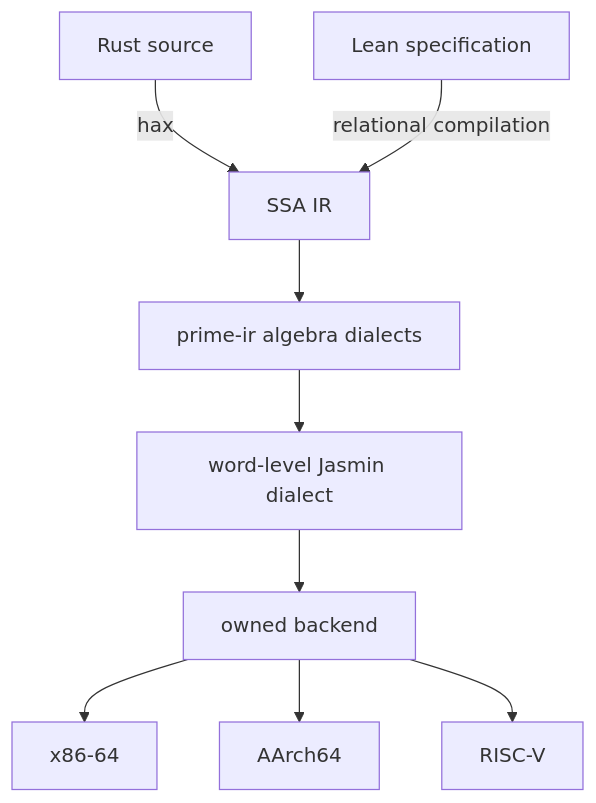
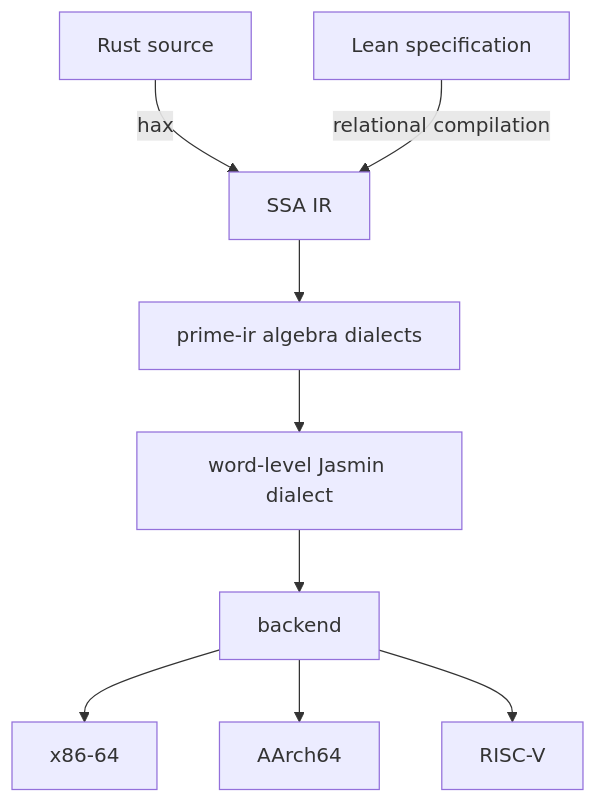
Before and after one commit to spitters/catcrypt-compiler: the diagram in README.md, drawn with Mermaid. The commit also changed other lines of this file and 5 other files, not shown here.

First line of the commit message:
docs: drop the redundant 'owned' backend qualifier

````diff
--- a/README.md
+++ b/README.md
@@ -36,11 +36,11 @@
 ```mermaid
 flowchart TD
     RUST["Rust source"] -->|hax| IR
     SPEC["Lean specification"] -->|relational compilation| IR
     IR["SSA IR"] --> ALG["prime-ir algebra dialects"]
     ALG --> JAS["word-level Jasmin dialect"]
-    JAS --> BE["owned backend"]
+    JAS --> BE["backend"]
     BE --> X86["x86-64"]
     BE --> ARM["AArch64"]
     BE --> RV["RISC-V"]
 ```
````
